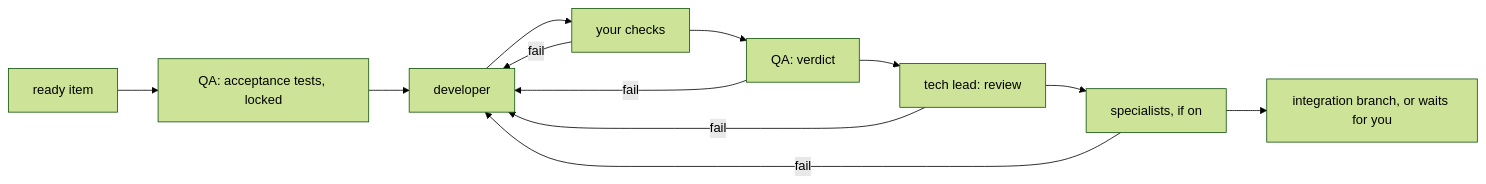
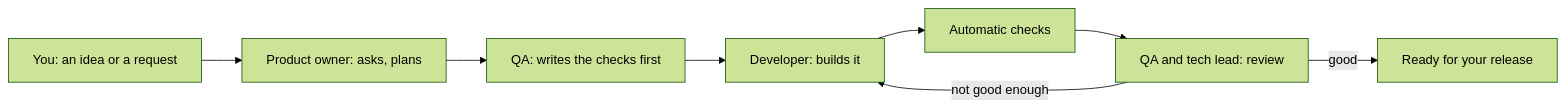
The diagram in README.md (Tech-Expansion/agentic-software-factory), drawn with Mermaid (forest theme) before and after one commit. The commit also changed other lines of this file, not shown here.

First line of the commit message:
docs: a README for owners who are not developers

````diff
--- a/README.md
+++ b/README.md
@@ -23,11 +46,10 @@
 ```mermaid
 flowchart LR
-  R[ready item] --> T[QA: acceptance tests, locked]
-  T --> B[developer]
-  B --> C[your checks]
-  C --> V[QA: verdict]
-  V --> L[tech lead: review]
-  L --> S[specialists, if on]
-  S --> M[integration branch, or waits for you]
-  C & V & L & S -->|fail| B
+  I[You: an idea or a request] --> P[Product owner: asks, plans]
+  P --> T[QA: writes the checks first]
+  T --> D[Developer: builds it]
+  D --> C[Automatic checks]
+  C --> Q[QA and tech lead: review]
+  Q -->|not good enough| D
+  Q -->|good| R[Ready for your release]
 ```
````
